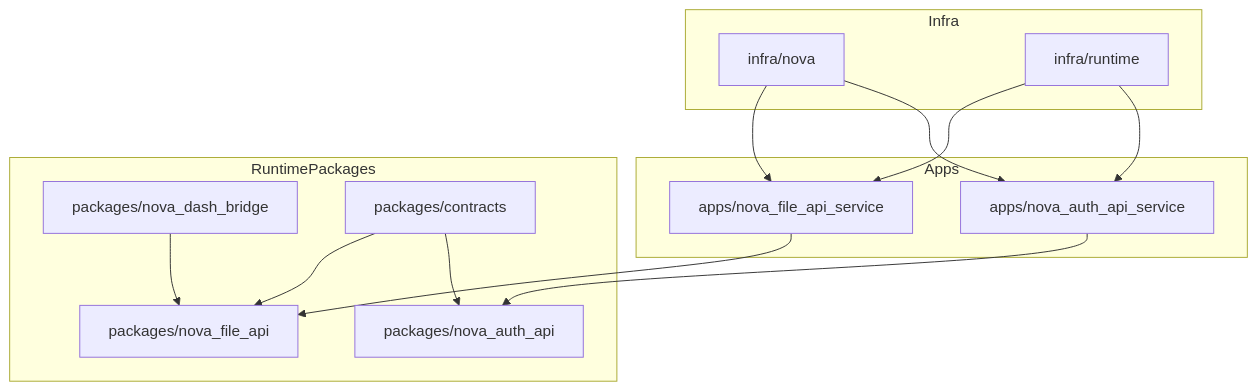
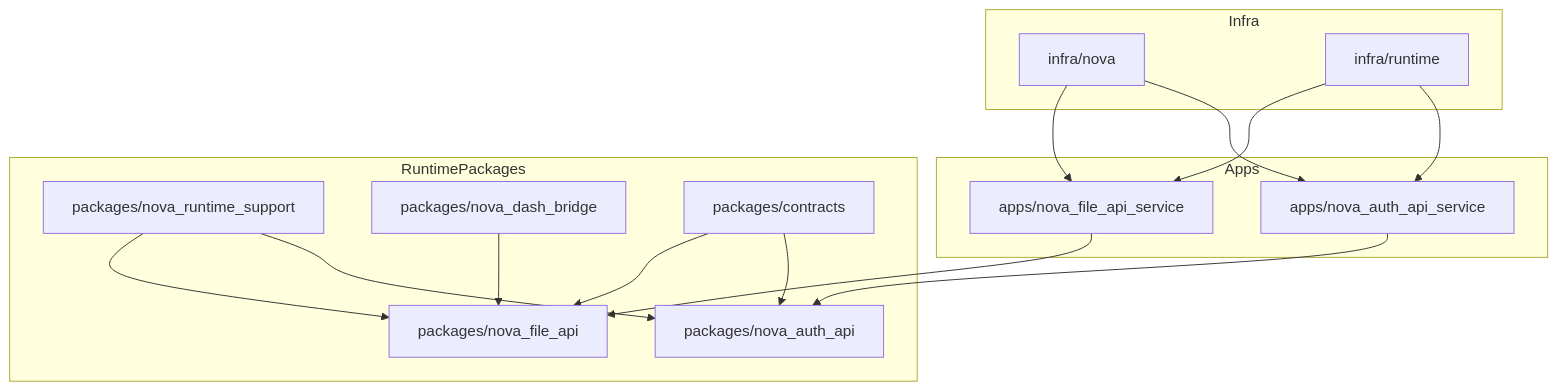
Before and after one commit to BjornMelin/nova: the first of 6 diagrams in docs/overview/NOVA-REPO-OVERVIEW.md, drawn with Mermaid. The commit also changed other lines of this file and 9 other files, not shown here.

Commit message:
docs(architecture): update SDK architecture and governance details; clarify multi-language support and internal operation exclusions

````diff
--- a/docs/overview/NOVA-REPO-OVERVIEW.md
+++ b/docs/overview/NOVA-REPO-OVERVIEW.md
@@ -39,27 +45,30 @@
 ```mermaid
 flowchart TB
     subgraph Apps
         A1["apps/nova_file_api_service"]
         A2["apps/nova_auth_api_service"]
     end
     subgraph RuntimePackages
         P1["packages/nova_file_api"]
         P2["packages/nova_auth_api"]
-        P3["packages/nova_dash_bridge"]
-        P4["packages/contracts"]
+        P3["packages/nova_runtime_support"]
+        P4["packages/nova_dash_bridge"]
+        P5["packages/contracts"]
     end
     subgraph Infra
         I1["infra/nova"]
         I2["infra/runtime"]
     end
 
     A1 --> P1
     A2 --> P2
     P3 --> P1
+    P3 --> P2
     P4 --> P1
-    P4 --> P2
+    P5 --> P1
+    P5 --> P2
     I1 --> A1
     I1 --> A2
     I2 --> A1
     I2 --> A2
 ```
````
